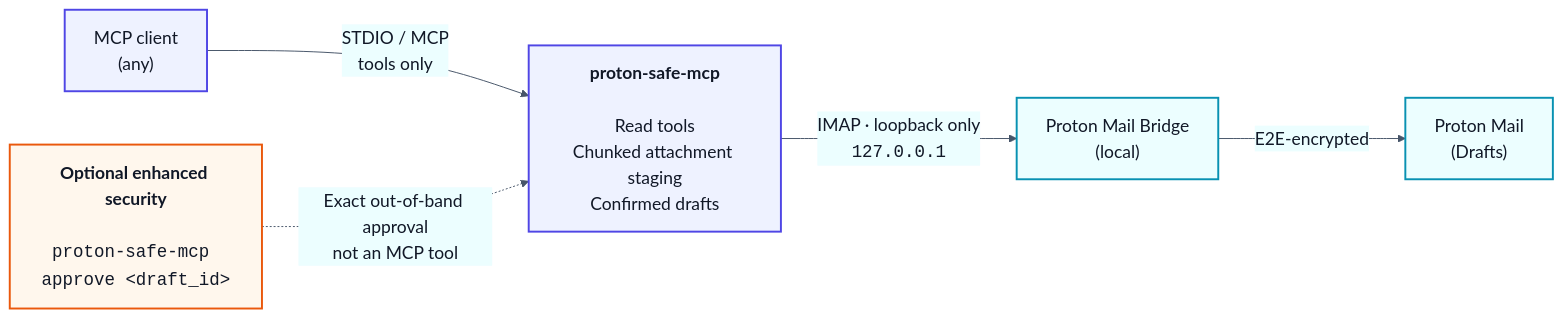
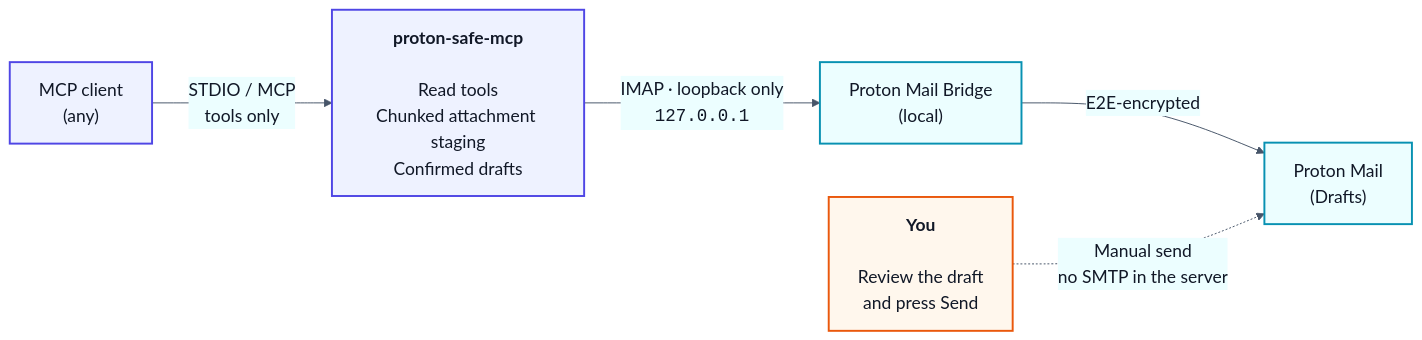
Before and after one commit to fbossiere/proton-safe-mcp: the diagram in docs/assets/architecture.mmd, drawn with Mermaid. The commit also changed 40 other files, not shown here.

First line of the commit message:
feat!: remove the optional terminal draft-approval workflow (#38)

```diff
--- a/docs/assets/architecture.mmd
+++ b/docs/assets/architecture.mmd
@@ -1,41 +1,41 @@
 %% Source for architecture.png. Regenerate with Mermaid CLI:
 %% mmdc -i docs/assets/architecture.mmd -o docs/assets/architecture.png -w 1600 -H 800 -b "#f8fafc" -s 2
 %%{init: {
   "theme": "base",
   "themeCSS": ".nodeLabel, .edgeLabel { font-family: Arial, sans-serif !important; }",
   "themeVariables": {
     "background": "#f8fafc",
     "primaryColor": "#eef2ff",
     "primaryTextColor": "#111827",
     "primaryBorderColor": "#4f46e5",
     "lineColor": "#475569",
     "secondaryColor": "#ecfeff",
     "tertiaryColor": "#f8fafc",
     "fontFamily": "Arial, sans-serif",
     "fontSize": "18px"
   },
   "flowchart": {
     "curve": "basis",
     "htmlLabels": true,
     "nodeSpacing": 55,
     "rankSpacing": 75
   }
 }}%%
 flowchart LR
     client["MCP client<br/>(any)"]
     server["<strong>proton-safe-mcp</strong><br/><br/>Read tools<br/>Chunked attachment staging<br/>Confirmed drafts"]
     bridge["Proton Mail Bridge<br/>(local)"]
     mail["Proton Mail<br/>(Drafts)"]
-    approval["<strong>Optional enhanced security</strong><br/><br/><code>proton-safe-mcp approve &lt;draft_id&gt;</code>"]
+    human["<strong>You</strong><br/><br/>Review the draft<br/>and press Send"]
 
     client -->|"STDIO / MCP<br/>tools only"| server
     server -->|"IMAP · loopback only<br/><code>127.0.0.1</code>"| bridge
     bridge -->|"E2E-encrypted"| mail
-    approval -.->|"Exact out-of-band approval<br/>not an MCP tool"| server
+    human -.->|"Manual send<br/>no SMTP in the server"| mail
 
     classDef component fill:#eef2ff,stroke:#4f46e5,stroke-width:2px,color:#111827;
     classDef boundary fill:#ecfeff,stroke:#0891b2,stroke-width:2px,color:#111827;
     classDef human fill:#fff7ed,stroke:#ea580c,stroke-width:2px,color:#111827;
     class client,server component;
     class bridge,mail boundary;
-    class approval human;
+    class human human;
```
